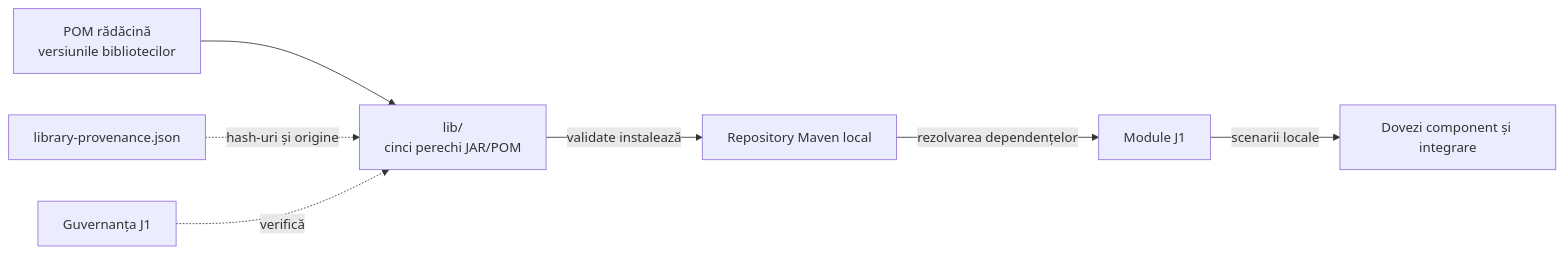
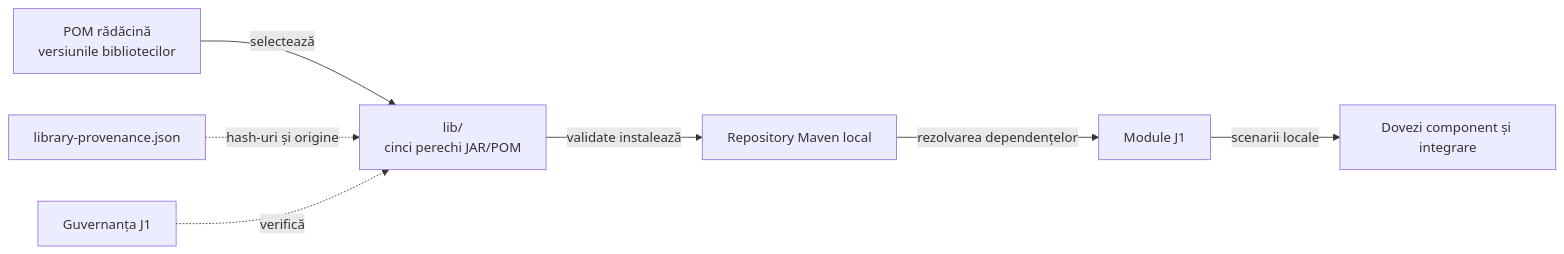
The diagram in docs/ATF_Platform_Libraries.md (crististefanita/atf_j1), drawn with Mermaid before and after one commit. The commit also changed 17 other files, not shown here.

```diff
--- a/docs/ATF_Platform_Libraries.md
+++ b/docs/ATF_Platform_Libraries.md
@@ -33,9 +33,9 @@
 ~~~mermaid
 flowchart LR
-    Coordinates["POM rădăcină<br/>versiunile bibliotecilor"] --> Pair["lib/<br/>cinci perechi JAR/POM"]
+    Coordinates["POM rădăcină<br/>versiunile bibliotecilor"] -->|selectează| Pair["lib/<br/>cinci perechi JAR/POM"]
     Pair -->|validate instalează| Maven["Repository Maven local"]
     Maven -->|rezolvarea dependențelor| Consumer["Module J1"]
     Consumer -->|scenarii locale| Acceptance["Dovezi component și integrare"]
     Provenance["library-provenance.json"] -. hash-uri și origine .-> Pair
     Governance["Guvernanța J1"] -. verifică .-> Pair
 ~~~
```
